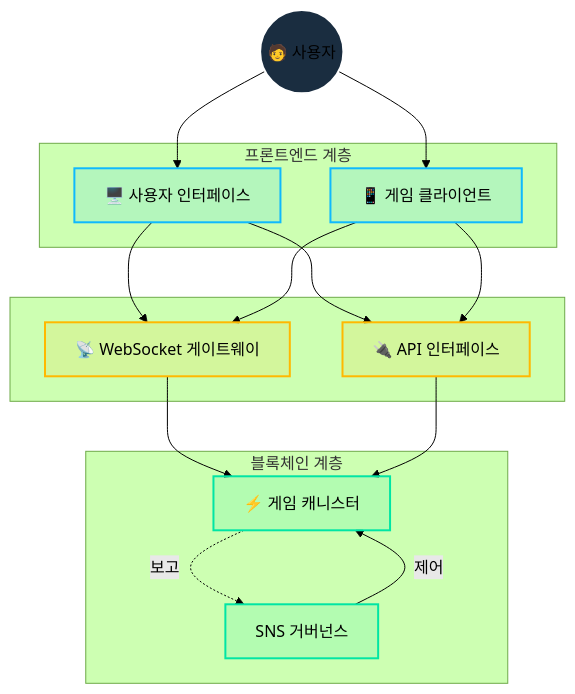
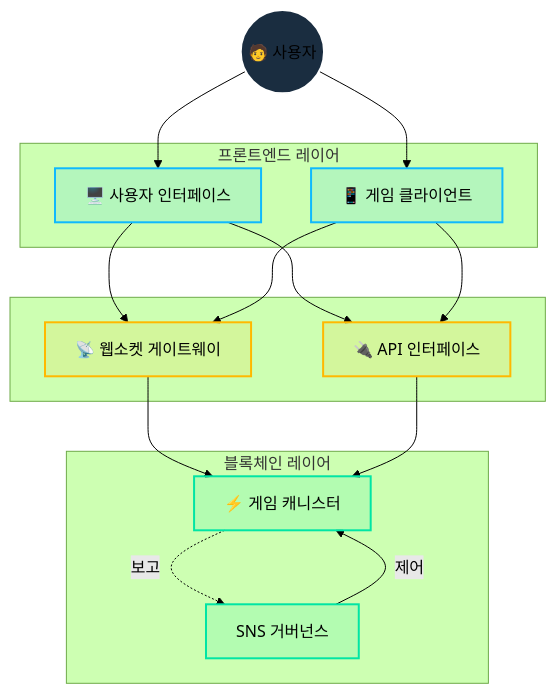
One commit to cosmicrafts/cosmicrafts-dao changed the diagram in src/frontend/src/assets/markdown/ko/architecture.md. Above: the diagram before and after it, drawn with Mermaid (forest theme). The commit also changed other lines of this file and 12 other files, not shown here.

````diff
--- a/src/frontend/src/assets/markdown/ko/architecture.md
+++ b/src/frontend/src/assets/markdown/ko/architecture.md
@@ -175,47 +43,47 @@
 ```mermaid
 graph TD
     %% Core User Layer
     User(("🧑 사용자"))
     
     %% Frontend Layer
-    subgraph "프론트엔드 계층"
+    subgraph "프론트엔드 레이어"
         UI["🖥️ 사용자 인터페이스"]
         Client["📱 게임 클라이언트"]
     end
     
     %% Communication Layer
     subgraph " "
-        WS["📡 WebSocket 게이트웨이"]
+        WS["📡 웹소켓 게이트웨이"]
         API["🔌 API 인터페이스"]
     end
     
     %% Blockchain Layer
-    subgraph "블록체인 계층"
+    subgraph "블록체인 레이어"
         Canister["⚡ 게임 캐니스터"]
         DAO["SNS 거버넌스"]
     end
     
     %% Connections
     User --> UI
     User --> Client
     UI --> WS
     UI --> API
     Client --> WS
     Client --> API
     WS --> Canister
     API --> Canister
     Canister -.->|"보고"| DAO
     DAO -->|"제어"| Canister
     
     %% Styles
     classDef user fill:#1a2d40,stroke:#fff,stroke-width:2px
     classDef frontend fill:#0FB9FD20,stroke:#0FB9FD,stroke-width:2px
     classDef comms fill:#FFB80020,stroke:#FFB800,stroke-width:2px
     classDef blockchain fill:#00E5A420,stroke:#00E5A4,stroke-width:2px
     
     %% Apply styles
     class User user
     class UI,Client frontend
     class WS,API comms
     class Canister,DAO blockchain
 ```
````
